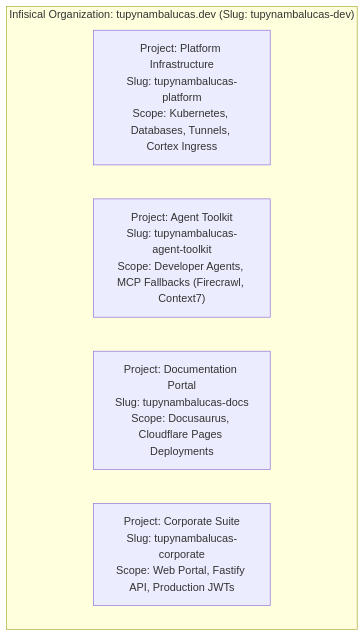
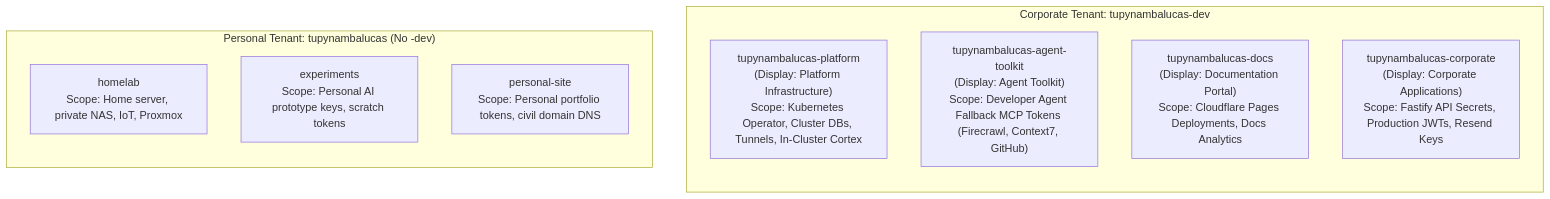
Before and after one commit to tupynambalucas-dev/.github: the second of 2 diagrams in .agents/plans/infisical-secret-governance-and-multi-layer-fallback.md, drawn with Mermaid. The commit also changed other lines of this file and 3 other files, not shown here.

````diff
--- a/.agents/plans/infisical-secret-governance-and-multi-layer-fallback.md
+++ b/.agents/plans/infisical-secret-governance-and-multi-layer-fallback.md
@@ -89,9 +83,17 @@
 ```mermaid
 flowchart TD
-  subgraph InfisicalOrg ["Infisical Organization: tupynambalucas.dev (Slug: tupynambalucas-dev)"]
-    P1["Project: Platform Infrastructure<br/>Slug: tupynambalucas-platform<br/>Scope: Kubernetes, Databases, Tunnels, Cortex Ingress"]
-    P2["Project: Agent Toolkit<br/>Slug: tupynambalucas-agent-toolkit<br/>Scope: Developer Agents, MCP Fallbacks (Firecrawl, Context7)"]
-    P3["Project: Documentation Portal<br/>Slug: tupynambalucas-docs<br/>Scope: Docusaurus, Cloudflare Pages Deployments"]
-    P4["Project: Corporate Suite<br/>Slug: tupynambalucas-corporate<br/>Scope: Web Portal, Fastify API, Production JWTs"]
+  subgraph TenantCorp ["Corporate Tenant: tupynambalucas-dev"]
+    direction TB
+    C_Platform["tupynambalucas-platform<br/>(Display: Platform Infrastructure)<br/>Scope: Kubernetes Operator, Cluster DBs, Tunnels, In-Cluster Cortex"]
+    C_Toolkit["tupynambalucas-agent-toolkit<br/>(Display: Agent Toolkit)<br/>Scope: Developer Agent Fallback MCP Tokens (Firecrawl, Context7, GitHub)"]
+    C_Docs["tupynambalucas-docs<br/>(Display: Documentation Portal)<br/>Scope: Cloudflare Pages Deployments, Docs Analytics"]
+    C_Corp["tupynambalucas-corporate<br/>(Display: Corporate Applications)<br/>Scope: Fastify API Secrets, Production JWTs, Resend Keys"]
+  end
+
+  subgraph TenantPers ["Personal Tenant: tupynambalucas (No -dev)"]
+    direction TB
+    P_Home["homelab<br/>Scope: Home server, private NAS, IoT, Proxmox"]
+    P_Exp["experiments<br/>Scope: Personal AI prototype keys, scratch tokens"]
+    P_Site["personal-site<br/>Scope: Personal portfolio tokens, civil domain DNS"]
   end
 ```
````
